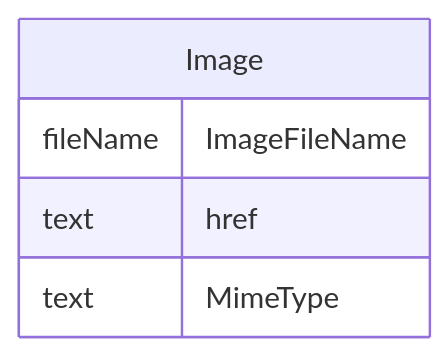
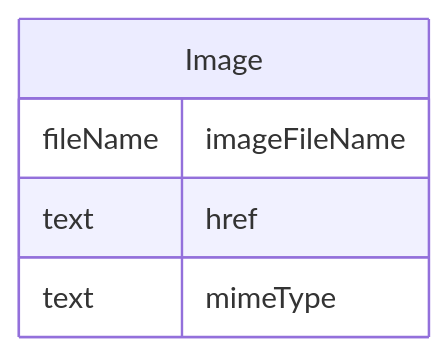
One commit to cdisc-org/DataExchange-ODM-LinkML changed the diagram in docs/Image.md. Above: the diagram before and after it, drawn with Mermaid. The commit also changed other lines of this file and 759 other files, not shown here.

````diff
--- a/docs/Image.md
+++ b/docs/Image.md
@@ -11,11 +11,11 @@
 ```mermaid
 erDiagram
 Image {
-    fileName ImageFileName  
+    fileName imageFileName  
     text href  
-    text MimeType  
+    text mimeType  
 }
 
 
 
 ```
````
